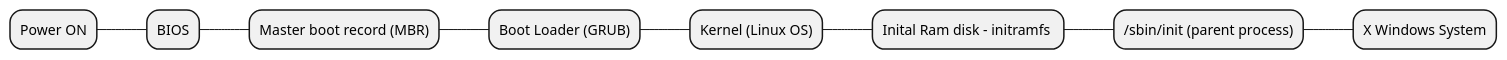
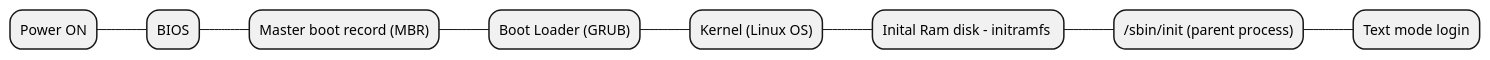
The diagram in posts/230120/diagram.puml (keramiozsoy/blog), drawn with PlantUML before and after one commit. The commit also changed 2 other files, not shown here.

```diff
--- a/posts/230120/diagram.puml
+++ b/posts/230120/diagram.puml
@@ -1,10 +1,10 @@
 @startmindmap
 * Power ON
 ** BIOS
 *** Master boot record (MBR)
 **** Boot Loader (GRUB)
 ***** Kernel (Linux OS)
 ****** Inital Ram disk - initramfs 
 ******* /sbin/init (parent process)
-******** X Windows System
+******** Text mode login
 @endmindmap
```
